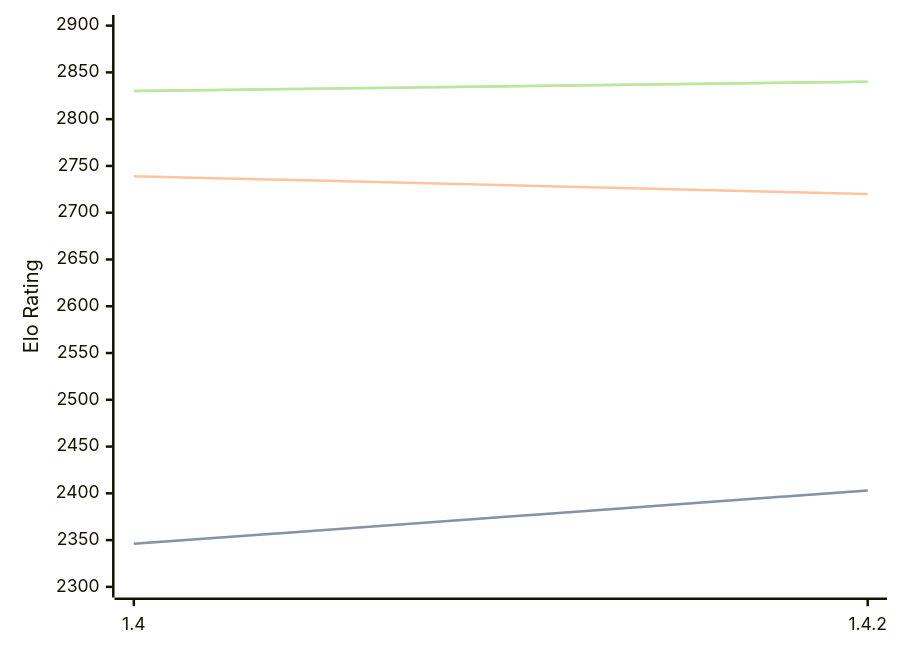
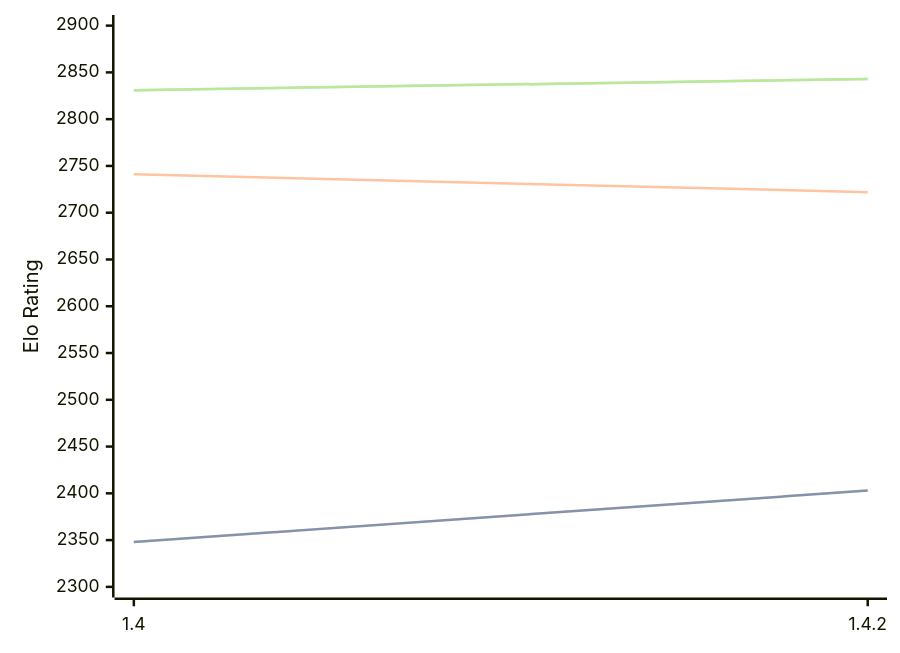
One commit to computer-chess-index/cci changed the diagram in engines/Spike.md. Above: the diagram before and after it, drawn with Mermaid. The commit also changed other lines of this file, not shown here.

Commit message:
Update CCI Ratings (ELO VLTC) - 2026-10-09

````diff
--- a/engines/Spike.md
+++ b/engines/Spike.md
@@ -32,11 +32,11 @@
 ```mermaid
 %%{init: {"theme":"base","themeVariables":{"seriesColors:['#a3a3a3','#222221','#faa371']}}}%%
 xychart-beta
   x-axis ["1.4", "1.4.2"]
   y-axis "Elo Rating" 2300 --> 2900
-  line "" [2346, 2403]
-  line "STC (8.0+0.08s)" [2346, 2403]
-  line "LTC (60.0+0.60s)" [2739, 2720]
-  line "" [2830, 2840]
-  line "VLTC (2m24s+1.12s)" [2830, 2840]
+  line "" [2348, 2403]
+  line "STC (8.0+0.08s)" [2348, 2403]
+  line "LTC (60.0+0.60s)" [2741, 2722]
+  line "" [2831, 2843]
+  line "VLTC (2m24s+1.12s)" [2831, 2843]
 ```
````
